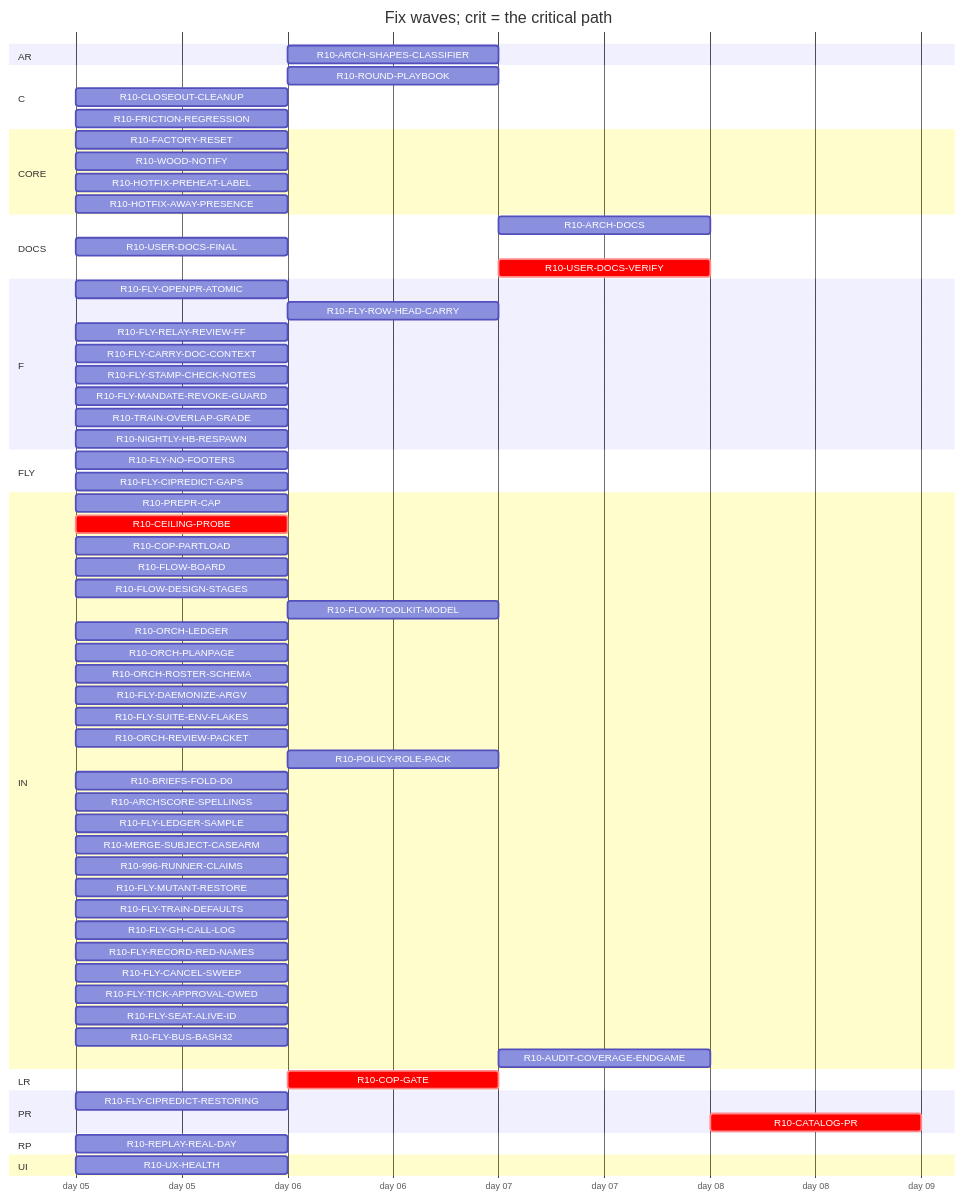
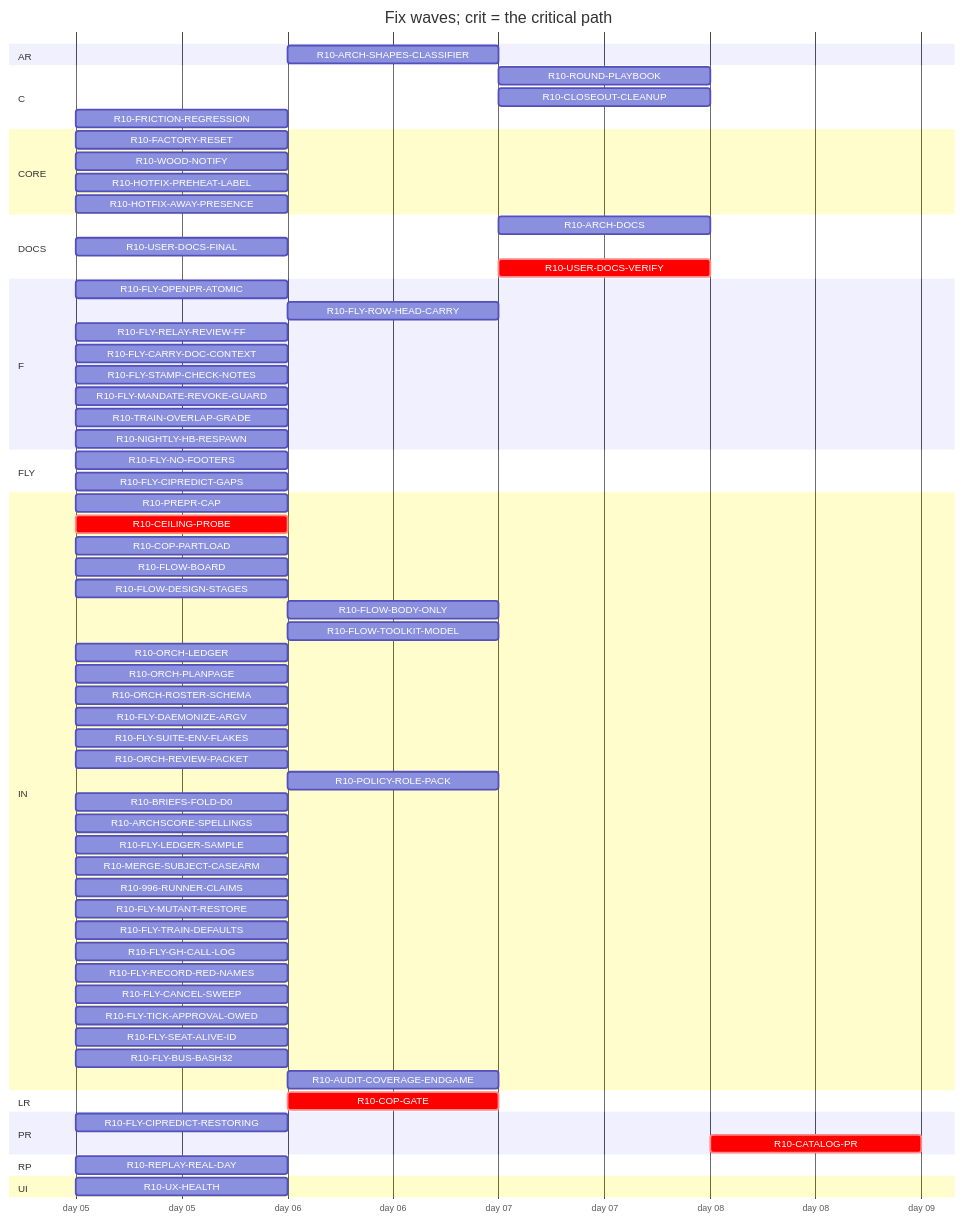
One commit to tvofi/heatpump_optimizer changed the diagram in handoff/round10/state/PLAN-TABLE.md. Above: the diagram before and after it, drawn with Mermaid. The commit also changed other lines of this file and 3 other files, not shown here.

Commit message:
state: FLOW-BOARD.md, NEXT-SESSION-PROMPT.md, PLAN-TABLE.md, RESUME-CURRENT.md regenerated (state_docs.py)

````diff
--- a/handoff/round10/state/PLAN-TABLE.md
+++ b/handoff/round10/state/PLAN-TABLE.md
@@ -24,70 +24,71 @@
 ```mermaid
 gantt
   title Fix waves; crit = the critical path
   dateFormat YYYY-MM-DD
   axisFormat day %d
   section AR
     R10-ARCH-SHAPES-CLASSIFIER :r10ARCHSHAPESCLASSIFIER, after r10996RUNNERCLAIMS, 1d
   section C
-    R10-ROUND-PLAYBOOK :r10ROUNDPLAYBOOK, after r10ORCHLEDGER r10ORCHPLANPAGE r10FLYRELAYREVIEWFF, 1d
-    R10-CLOSEOUT-CLEANUP :r10CLOSEOUTCLEANUP, 2026-01-05, 1d
+    R10-ROUND-PLAYBOOK :r10ROUNDPLAYBOOK, after r10ORCHLEDGER r10ORCHPLANPAGE r10FLYRELAYREVIEWFF r10FLOWBODYONLY r10AUDITCOVERAGEENDGAME, 1d
+    R10-CLOSEOUT-CLEANUP :r10CLOSEOUTCLEANUP, after r10AUDITCOVERAGEENDGAME, 1d
     R10-FRICTION-REGRESSION :r10FRICTIONREGRESSION, 2026-01-05, 1d
   section CORE
     R10-FACTORY-RESET :r10FACTORYRESET, 2026-01-05, 1d
     R10-WOOD-NOTIFY :r10WOODNOTIFY, 2026-01-05, 1d
     R10-HOTFIX-PREHEAT-LABEL :r10HOTFIXPREHEATLABEL, 2026-01-05, 1d
     R10-HOTFIX-AWAY-PRESENCE :r10HOTFIXAWAYPRESENCE, 2026-01-05, 1d
   section DOCS
-    R10-ARCH-DOCS :r10ARCHDOCS, after r10COPGATE r10UXHEALTH r10CEILINGPROBE r10COPPARTLOAD r10FLOWBOARD r10FLOWDESIGNSTAGES r10FLYOPENPRATOMIC r10FLYROWHEADCARRY r10FLYRELAYREVIEWFF r10FLYCARRYDOCCONTEXT r10FLOWTOOLKITMODEL r10FLYSTAMPCHECKNOTES r10FLYMANDATEREVOKEGUARD r10TRAINOVERLAPGRADE r10NIGHTLYHBRESPAWN r10ORCHLEDGER r10ORCHPLANPAGE r10ORCHROSTERSCHEMA r10FLYDAEMONIZEARGV r10ORCHREVIEWPACKET r10POLICYROLEPACK r10BRIEFSFOLDD0 r10REPLAYREALDAY r10ARCHSCORESPELLINGS r10FLYLEDGERSAMPLE, 1d
+    R10-ARCH-DOCS :r10ARCHDOCS, after r10COPGATE r10UXHEALTH r10CEILINGPROBE r10COPPARTLOAD r10FLOWBOARD r10FLOWDESIGNSTAGES r10FLOWBODYONLY r10FLYOPENPRATOMIC r10FLYROWHEADCARRY r10FLYRELAYREVIEWFF r10FLYCARRYDOCCONTEXT r10FLOWTOOLKITMODEL r10FLYSTAMPCHECKNOTES r10FLYMANDATEREVOKEGUARD r10TRAINOVERLAPGRADE r10NIGHTLYHBRESPAWN r10ORCHLEDGER r10ORCHPLANPAGE r10ORCHROSTERSCHEMA r10FLYDAEMONIZEARGV r10ORCHREVIEWPACKET r10POLICYROLEPACK r10BRIEFSFOLDD0 r10REPLAYREALDAY r10ARCHSCORESPELLINGS r10FLYLEDGERSAMPLE, 1d
     R10-USER-DOCS-FINAL :r10USERDOCSFINAL, 2026-01-05, 1d
-    R10-USER-DOCS-VERIFY :crit, r10USERDOCSVERIFY, after r10COPGATE r10UXHEALTH r10CEILINGPROBE r10COPPARTLOAD r10FLOWBOARD r10FLOWDESIGNSTAGES r10FLYOPENPRATOMIC r10FLYROWHEADCARRY r10FLYRELAYREVIEWFF r10FLYCARRYDOCCONTEXT r10FLOWTOOLKITMODEL r10FLYSTAMPCHECKNOTES r10FLYMANDATEREVOKEGUARD r10TRAINOVERLAPGRADE r10NIGHTLYHBRESPAWN r10ORCHLEDGER r10ORCHPLANPAGE r10ORCHROSTERSCHEMA r10FLYDAEMONIZEARGV r10ORCHREVIEWPACKET r10POLICYROLEPACK r10BRIEFSFOLDD0 r10REPLAYREALDAY r10ARCHSCORESPELLINGS r10FLYLEDGERSAMPLE r10FACTORYRESET r10WOODNOTIFY r10USERDOCSFINAL, 1d
+    R10-USER-DOCS-VERIFY :crit, r10USERDOCSVERIFY, after r10COPGATE r10UXHEALTH r10CEILINGPROBE r10COPPARTLOAD r10FLOWBOARD r10FLOWDESIGNSTAGES r10FLOWBODYONLY r10FLYOPENPRATOMIC r10FLYROWHEADCARRY r10FLYRELAYREVIEWFF r10FLYCARRYDOCCONTEXT r10FLOWTOOLKITMODEL r10FLYSTAMPCHECKNOTES r10FLYMANDATEREVOKEGUARD r10TRAINOVERLAPGRADE r10NIGHTLYHBRESPAWN r10ORCHLEDGER r10ORCHPLANPAGE r10ORCHROSTERSCHEMA r10FLYDAEMONIZEARGV r10ORCHREVIEWPACKET r10POLICYROLEPACK r10BRIEFSFOLDD0 r10REPLAYREALDAY r10ARCHSCORESPELLINGS r10FLYLEDGERSAMPLE r10FACTORYRESET r10WOODNOTIFY r10USERDOCSFINAL r10ARCHSHAPESCLASSIFIER, 1d
   section F
     R10-FLY-OPENPR-ATOMIC :r10FLYOPENPRATOMIC, 2026-01-05, 1d
     R10-FLY-ROW-HEAD-CARRY :r10FLYROWHEADCARRY, after r10FLYOPENPRATOMIC, 1d
     R10-FLY-RELAY-REVIEW-FF :r10FLYRELAYREVIEWFF, 2026-01-05, 1d
     R10-FLY-CARRY-DOC-CONTEXT :r10FLYCARRYDOCCONTEXT, 2026-01-05, 1d
     R10-FLY-STAMP-CHECK-NOTES :r10FLYSTAMPCHECKNOTES, 2026-01-05, 1d
     R10-FLY-MANDATE-REVOKE-GUARD :r10FLYMANDATEREVOKEGUARD, 2026-01-05, 1d
     R10-TRAIN-OVERLAP-GRADE :r10TRAINOVERLAPGRADE, 2026-01-05, 1d
     R10-NIGHTLY-HB-RESPAWN :r10NIGHTLYHBRESPAWN, 2026-01-05, 1d
   section FLY
     R10-FLY-NO-FOOTERS :r10FLYNOFOOTERS, 2026-01-05, 1d
     R10-FLY-CIPREDICT-GAPS :r10FLYCIPREDICTGAPS, 2026-01-05, 1d
   section IN
     R10-PREPR-CAP :r10PREPRCAP, 2026-01-05, 1d
     R10-CEILING-PROBE :crit, r10CEILINGPROBE, 2026-01-05, 1d
     R10-COP-PARTLOAD :r10COPPARTLOAD, 2026-01-05, 1d
     R10-FLOW-BOARD :r10FLOWBOARD, 2026-01-05, 1d
     R10-FLOW-DESIGN-STAGES :r10FLOWDESIGNSTAGES, 2026-01-05, 1d
+    R10-FLOW-BODY-ONLY :r10FLOWBODYONLY, after r10FLYOPENPRATOMIC, 1d
     R10-FLOW-TOOLKIT-MODEL :r10FLOWTOOLKITMODEL, after r10ORCHPLANPAGE, 1d
     R10-ORCH-LEDGER :r10ORCHLEDGER, 2026-01-05, 1d
     R10-ORCH-PLANPAGE :r10ORCHPLANPAGE, 2026-01-05, 1d
     R10-ORCH-ROSTER-SCHEMA :r10ORCHROSTERSCHEMA, 2026-01-05, 1d
     R10-FLY-DAEMONIZE-ARGV :r10FLYDAEMONIZEARGV, 2026-01-05, 1d
     R10-FLY-SUITE-ENV-FLAKES :r10FLYSUITEENVFLAKES, 2026-01-05, 1d
     R10-ORCH-REVIEW-PACKET :r10ORCHREVIEWPACKET, 2026-01-05, 1d
     R10-POLICY-ROLE-PACK :r10POLICYROLEPACK, after r10FLOWDESIGNSTAGES, 1d
     R10-BRIEFS-FOLD-D0 :r10BRIEFSFOLDD0, 2026-01-05, 1d
     R10-ARCHSCORE-SPELLINGS :r10ARCHSCORESPELLINGS, 2026-01-05, 1d
     R10-FLY-LEDGER-SAMPLE :r10FLYLEDGERSAMPLE, 2026-01-05, 1d
     R10-MERGE-SUBJECT-CASEARM :r10MERGESUBJECTCASEARM, 2026-01-05, 1d
     R10-996-RUNNER-CLAIMS :r10996RUNNERCLAIMS, 2026-01-05, 1d
     R10-FLY-MUTANT-RESTORE :r10FLYMUTANTRESTORE, 2026-01-05, 1d
     R10-FLY-TRAIN-DEFAULTS :r10FLYTRAINDEFAULTS, 2026-01-05, 1d
     R10-FLY-GH-CALL-LOG :r10FLYGHCALLLOG, 2026-01-05, 1d
     R10-FLY-RECORD-RED-NAMES :r10FLYRECORDREDNAMES, 2026-01-05, 1d
     R10-FLY-CANCEL-SWEEP :r10FLYCANCELSWEEP, 2026-01-05, 1d
     R10-FLY-TICK-APPROVAL-OWED :r10FLYTICKAPPROVALOWED, 2026-01-05, 1d
     R10-FLY-SEAT-ALIVE-ID :r10FLYSEATALIVEID, 2026-01-05, 1d
     R10-FLY-BUS-BASH32 :r10FLYBUSBASH32, 2026-01-05, 1d
-    R10-AUDIT-COVERAGE-ENDGAME :r10AUDITCOVERAGEENDGAME, after r10ROUNDPLAYBOOK r10FLYMUTANTRESTORE r10996RUNNERCLAIMS, 1d
+    R10-AUDIT-COVERAGE-ENDGAME :r10AUDITCOVERAGEENDGAME, after r10FLYMUTANTRESTORE r10996RUNNERCLAIMS, 1d
   section LR
     R10-COP-GATE :crit, r10COPGATE, after r10CEILINGPROBE, 1d
   section PR
     R10-FLY-CIPREDICT-RESTORING :r10FLYCIPREDICTRESTORING, 2026-01-05, 1d
-    R10-CATALOG-PR :crit, r10CATALOGPR, after r10USERDOCSVERIFY, 1d
+    R10-CATALOG-PR :crit, r10CATALOGPR, after r10USERDOCSVERIFY r10AUDITCOVERAGEENDGAME, 1d
   section RP
     R10-REPLAY-REAL-DAY :r10REPLAYREALDAY, 2026-01-05, 1d
   section UI
     R10-UX-HEALTH :r10UXHEALTH, 2026-01-05, 1d
 ```
````
